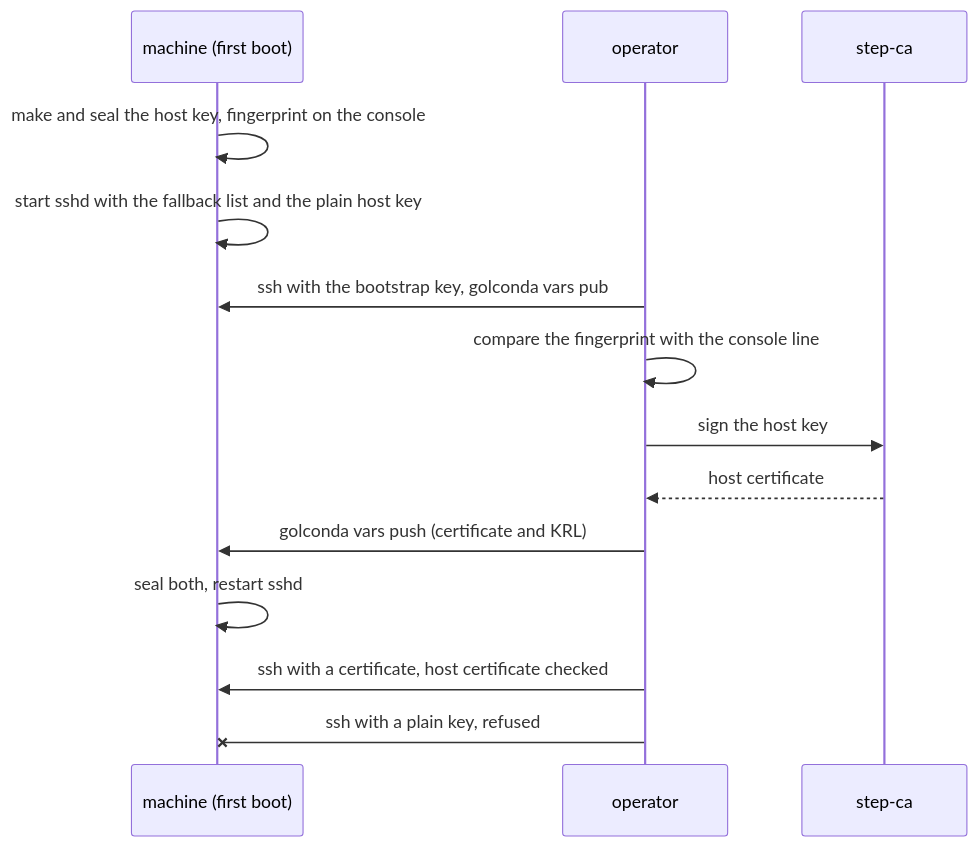
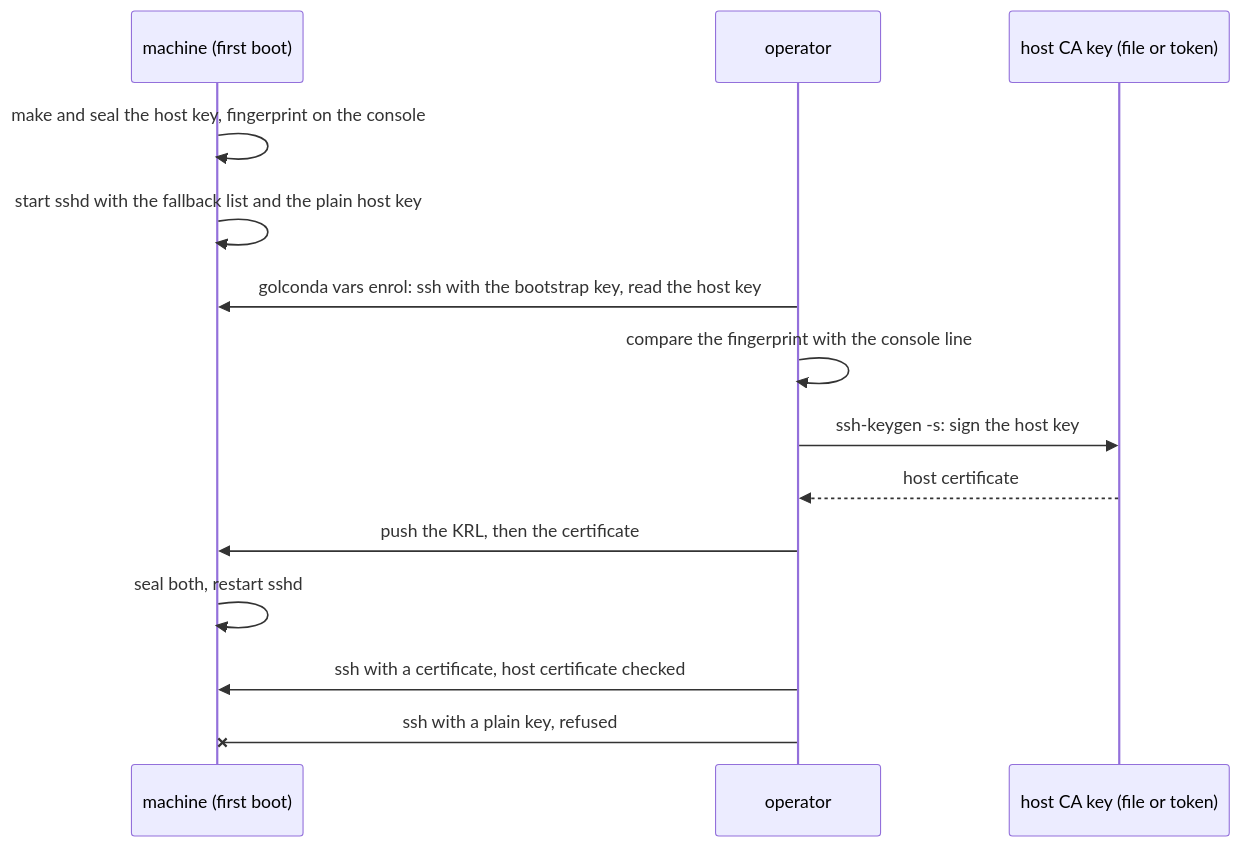
The fifth of 5 diagrams in docs/design/trust.md (slophaer/golconda), drawn with Mermaid before and after one commit. The commit also changed other lines of this file and 4 other files, not shown here.

First line of the commit message:
docs: one command enrols a machine, golconda vars enrol

````diff
--- a/docs/design/trust.md
+++ b/docs/design/trust.md
@@ -472,16 +475,16 @@
 ```mermaid
 sequenceDiagram
   participant M as machine (first boot)
   participant O as operator
-  participant C as step-ca
+  participant C as host CA key (file or token)
   M->>M: make and seal the host key, fingerprint on the console
   M->>M: start sshd with the fallback list and the plain host key
-  O->>M: ssh with the bootstrap key, golconda vars pub
+  O->>M: golconda vars enrol: ssh with the bootstrap key, read the host key
   O->>O: compare the fingerprint with the console line
-  O->>C: sign the host key
+  O->>C: ssh-keygen -s: sign the host key
   C-->>O: host certificate
-  O->>M: golconda vars push (certificate and KRL)
+  O->>M: push the KRL, then the certificate
   M->>M: seal both, restart sshd
   O->>M: ssh with a certificate, host certificate checked
   O-xM: ssh with a plain key, refused
 ```
````
